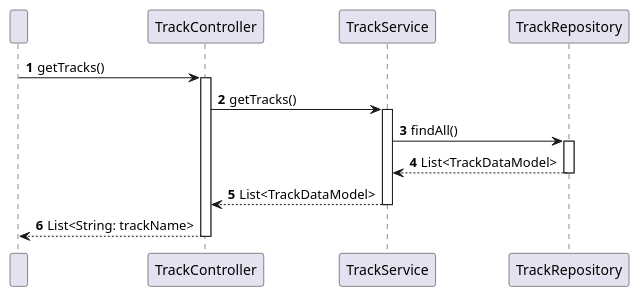
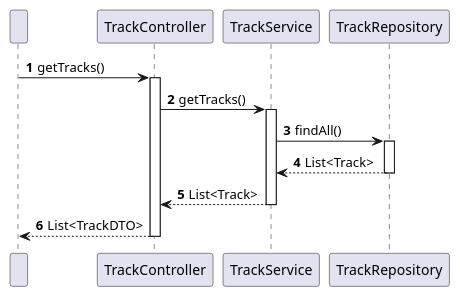
Before and after one commit to olivDiogo/lap-time-simulator: the diagram in docs/useCases/uc01/sd_uc01.puml, drawn with PlantUML. The commit also changed 29 other files, not shown here.

Commit message:
new: added track entity, its attributes, and outer layer components (controller, service, repo, mapper)

```diff
--- a/docs/useCases/uc01/sd_uc01.puml
+++ b/docs/useCases/uc01/sd_uc01.puml
@@ -1,30 +1,30 @@
 @startuml
 'https://plantuml.com/sequence-diagram
 
 autonumber
 
 participant " "
 participant TrackController as CTRL
 participant TrackService as SERV
 participant TrackRepository as REPO
 
 
 " "-> CTRL: getTracks()
 activate CTRL
 
 CTRL -> SERV: getTracks()
 activate SERV
 
 SERV -> REPO: findAll()
 activate REPO
 
-REPO --> SERV: List<TrackDataModel>
+REPO --> SERV: List<Track>
 deactivate REPO
 
-SERV --> CTRL: List<TrackDataModel>
+SERV --> CTRL: List<Track>
 deactivate SERV
 
-CTRL --> " ": List<String: trackName>
+CTRL --> " ": List<TrackDTO>
 deactivate CTRL
 
 @enduml
```
